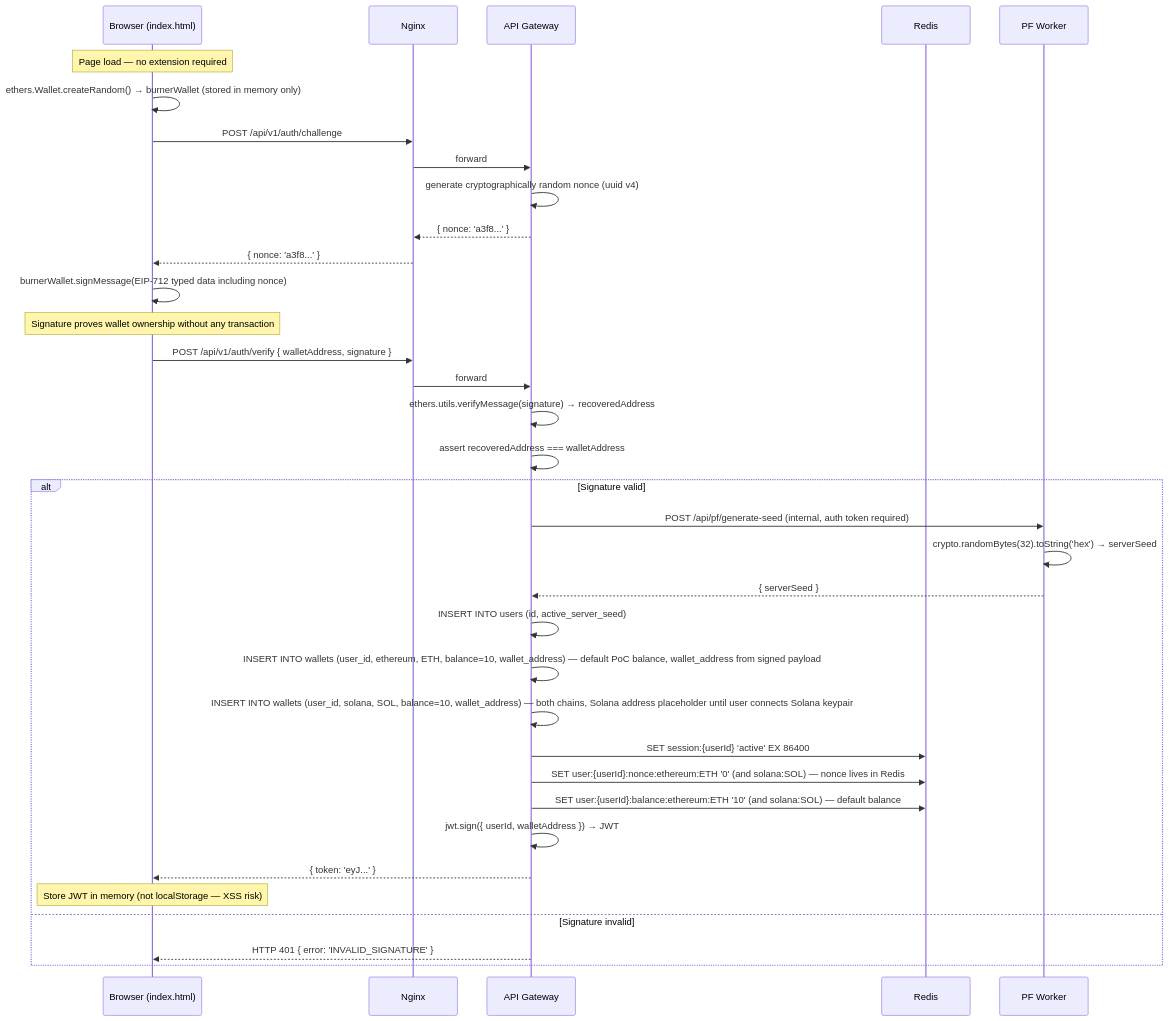
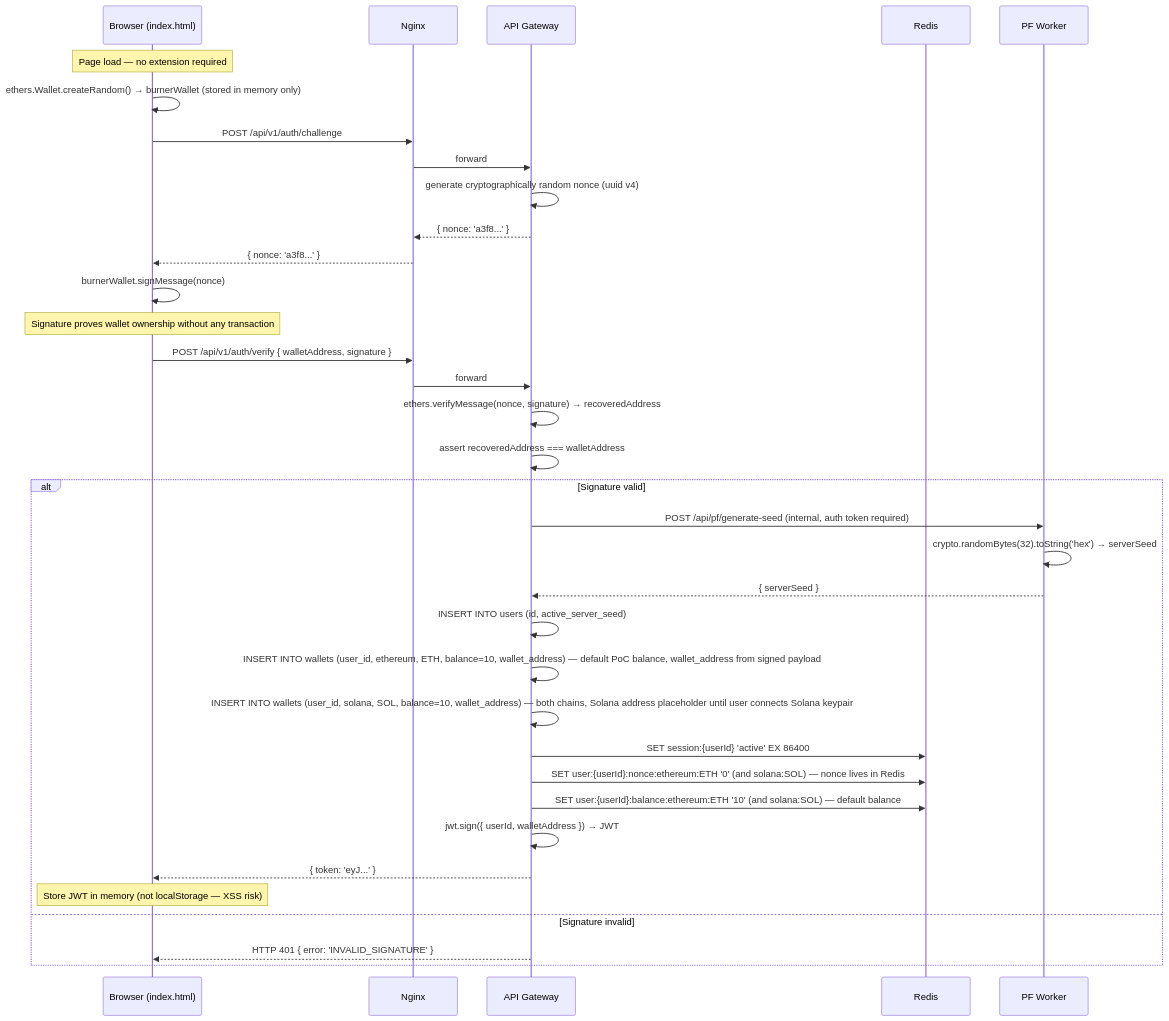
One commit to Fennzo/DiceTilt changed the first of 19 diagrams in documentation/sequence-diagrams.md. Above: the diagram before and after it, drawn with Mermaid. The commit also changed other lines of this file and 24 other files, not shown here.

Commit message:
align architecture docs with current runtime implementation

````diff
--- a/documentation/sequence-diagrams.md
+++ b/documentation/sequence-diagrams.md
@@ -39,44 +39,44 @@
 ```mermaid
 sequenceDiagram
     participant B as Browser (index.html)
     participant N as Nginx
     participant API as API Gateway
     participant Redis as Redis
     participant PF as PF Worker
 
     Note over B: Page load — no extension required
     B->>B: ethers.Wallet.createRandom() → burnerWallet (stored in memory only)
 
     B->>N: POST /api/v1/auth/challenge
     N->>API: forward
     API->>API: generate cryptographically random nonce (uuid v4)
     API-->>N: { nonce: 'a3f8...' }
     N-->>B: { nonce: 'a3f8...' }
 
-    B->>B: burnerWallet.signMessage(EIP-712 typed data including nonce)
+    B->>B: burnerWallet.signMessage(nonce)
     Note over B: Signature proves wallet ownership without any transaction
 
     B->>N: POST /api/v1/auth/verify { walletAddress, signature }
     N->>API: forward
-    API->>API: ethers.utils.verifyMessage(signature) → recoveredAddress
+    API->>API: ethers.verifyMessage(nonce, signature) → recoveredAddress
     API->>API: assert recoveredAddress === walletAddress
 
     alt Signature valid
         API->>PF: POST /api/pf/generate-seed (internal, auth token required)
         PF->>PF: crypto.randomBytes(32).toString('hex') → serverSeed
         PF-->>API: { serverSeed }
 
         API->>API: INSERT INTO users (id, active_server_seed)
         API->>API: INSERT INTO wallets (user_id, ethereum, ETH, balance=10, wallet_address) — default PoC balance, wallet_address from signed payload
         API->>API: INSERT INTO wallets (user_id, solana, SOL, balance=10, wallet_address) — both chains, Solana address placeholder until user connects Solana keypair
         API->>Redis: SET session:{userId} 'active' EX 86400
         API->>Redis: SET user:{userId}:nonce:ethereum:ETH '0' (and solana:SOL) — nonce lives in Redis
         API->>Redis: SET user:{userId}:balance:ethereum:ETH '10' (and solana:SOL) — default balance
         API->>API: jwt.sign({ userId, walletAddress }) → JWT
 
         API-->>B: { token: 'eyJ...' }
         Note over B: Store JWT in memory (not localStorage — XSS risk)
     else Signature invalid
         API-->>B: HTTP 401 { error: 'INVALID_SIGNATURE' }
     end
 ```
````
